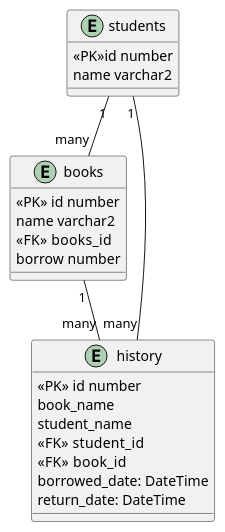
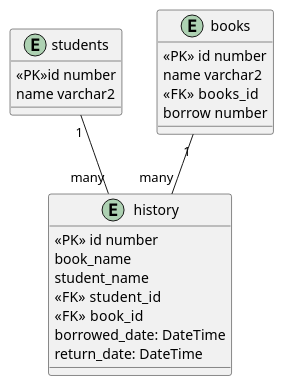
The diagram in folder-documentation/test.wsd (setayesh-etemadi/library_project), drawn with PlantUML before and after one commit.

```diff
--- a/folder-documentation/test.wsd
+++ b/folder-documentation/test.wsd
@@ -1,28 +1,27 @@
 @startuml db
 entity students{
 <<PK>>id number
 name varchar2
 } 
 
 entity books{
 <<PK>> id number
 name varchar2
 <<FK>>  books_id
 borrow number
 }  
-students "1" -- "many" books
 
 
 entity history{
 <<PK>> id number
 book_name
 student_name
 <<FK>>  student_id
 <<FK>>  book_id
 borrowed_date: DateTime
 return_date: DateTime 
 
 }  
 students "1" -- "many" history
 books "1" -- "many" history
 @enduml
```
